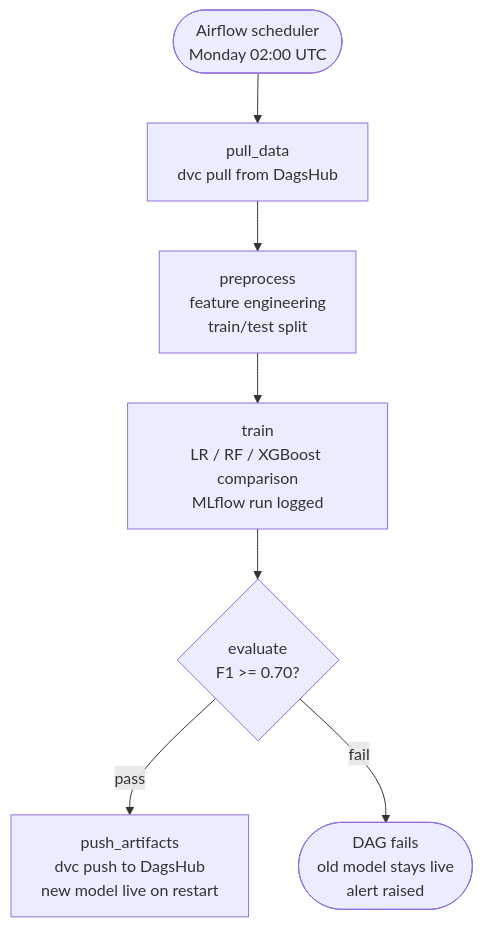
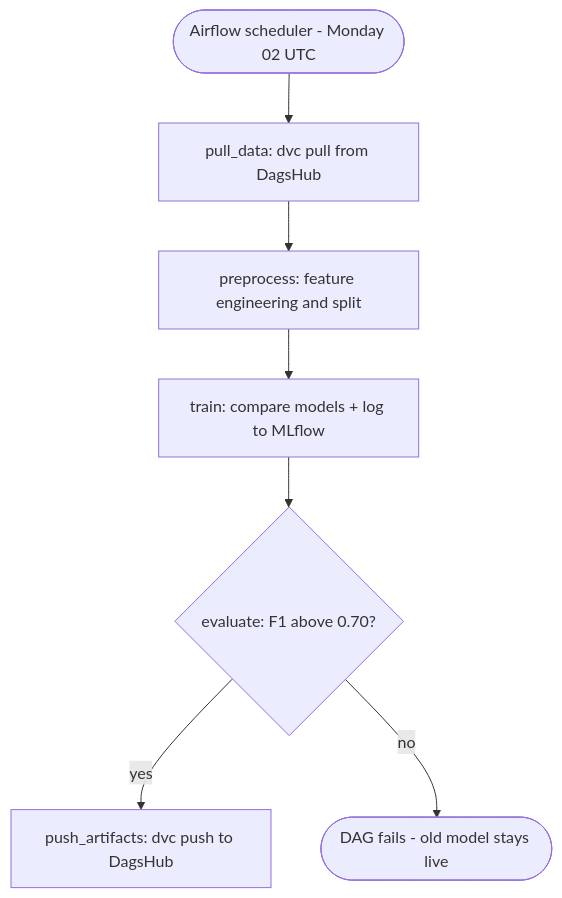
One commit to Amith-Ganta/MLOPS-mlflow-DagsHub-DVC-Airflow changed the fourth of 6 diagrams in README.md. Above: the diagram before and after it, drawn with Mermaid. The commit also changed other lines of this file, not shown here.

First line of the commit message:
docs: fix all 6 Mermaid diagrams for GitHub rendering

````diff
--- a/README.md
+++ b/README.md
@@ -142,12 +149,10 @@
 ```mermaid
 flowchart TD
-    CRON([Airflow scheduler\nMonday 02:00 UTC]) --> T1
-
-    T1[pull_data\ndvc pull from DagsHub] --> T2
-    T2[preprocess\nfeature engineering\ntrain/test split] --> T3
-    T3[train\nLR / RF / XGBoost comparison\nMLflow run logged] --> T4
-    T4{evaluate\nF1 >= 0.70?}
-
-    T4 -->|pass| T5[push_artifacts\ndvc push to DagsHub\nnew model live on restart]
-    T4 -->|fail| FAIL([DAG fails\nold model stays live\nalert raised])
+    CRON([Airflow scheduler - Monday 02 UTC]) --> T1
+    T1[pull_data: dvc pull from DagsHub] --> T2
+    T2[preprocess: feature engineering and split] --> T3
+    T3[train: compare models + log to MLflow] --> T4
+    T4{evaluate: F1 above 0.70?}
+    T4 -->|yes| T5[push_artifacts: dvc push to DagsHub]
+    T4 -->|no| FAIL([DAG fails - old model stays live])
 ```
````
